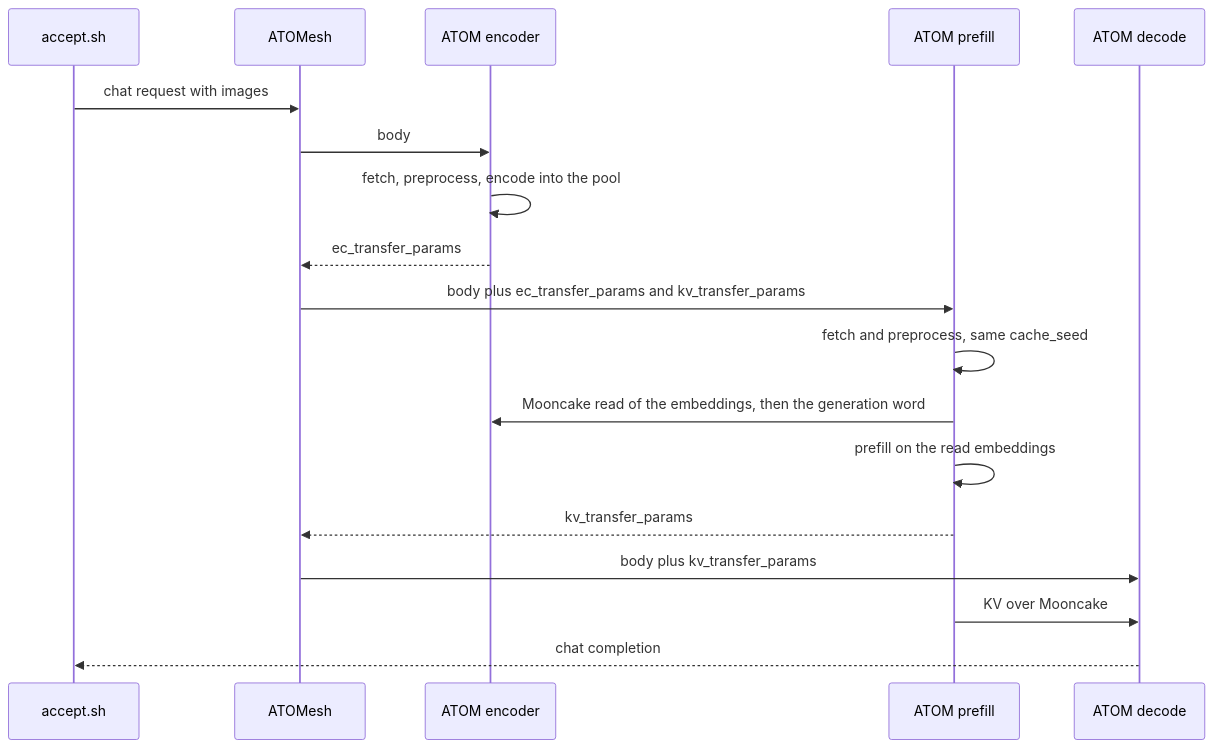
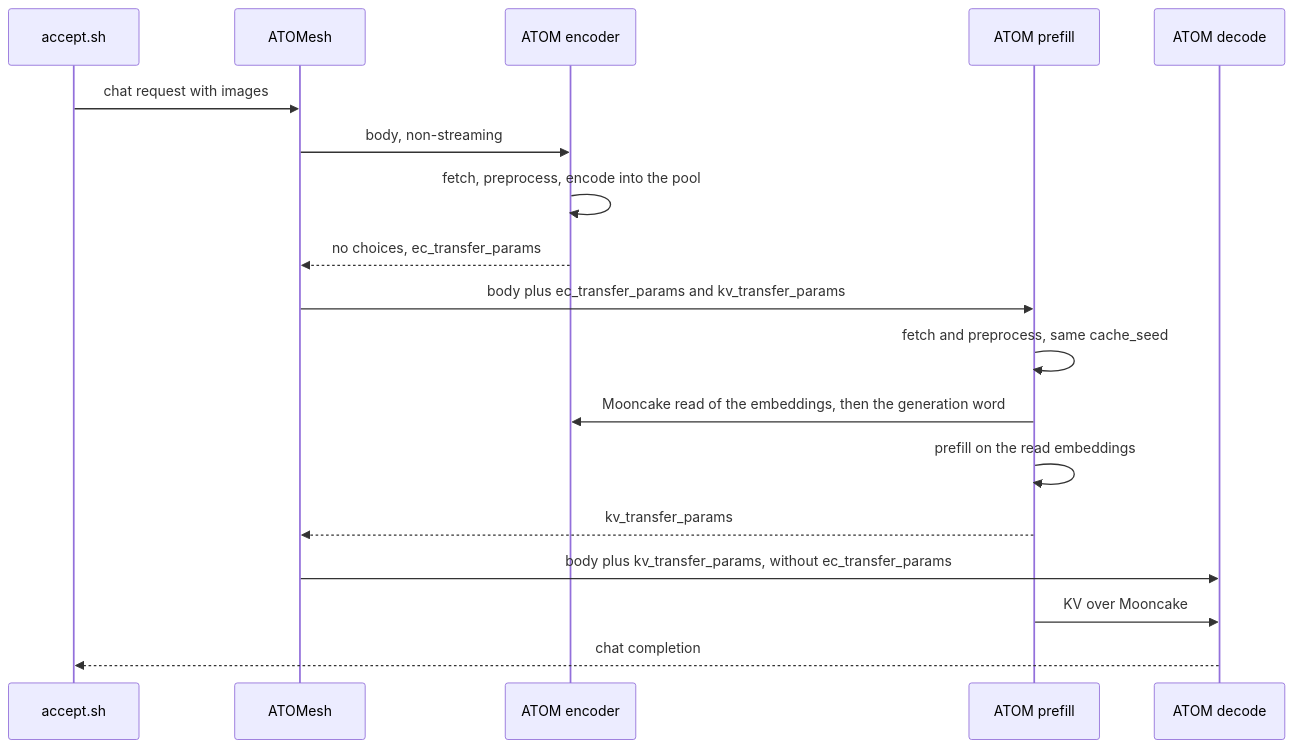
Before and after one commit to ROCm/ATOM: the fourth of 6 diagrams in docs/atomesh_multimodal_epd.md, drawn with Mermaid. The commit also changed other lines of this file and 1 other file, not shown here.

````diff
--- a/docs/atomesh_multimodal_epd.md
+++ b/docs/atomesh_multimodal_epd.md
@@ -92,20 +137,20 @@
 ```mermaid
 sequenceDiagram
     participant H as accept.sh
     participant M as ATOMesh
     participant E as ATOM encoder
     participant P as ATOM prefill
     participant D as ATOM decode
     H->>M: chat request with images
-    M->>E: body
+    M->>E: body, non-streaming
     E->>E: fetch, preprocess, encode into the pool
-    E-->>M: ec_transfer_params
+    E-->>M: no choices, ec_transfer_params
     M->>P: body plus ec_transfer_params and kv_transfer_params
     P->>P: fetch and preprocess, same cache_seed
     P->>E: Mooncake read of the embeddings, then the generation word
     P->>P: prefill on the read embeddings
     P-->>M: kv_transfer_params
-    M->>D: body plus kv_transfer_params
+    M->>D: body plus kv_transfer_params, without ec_transfer_params
     P->>D: KV over Mooncake
     D-->>H: chat completion
 ```
````
